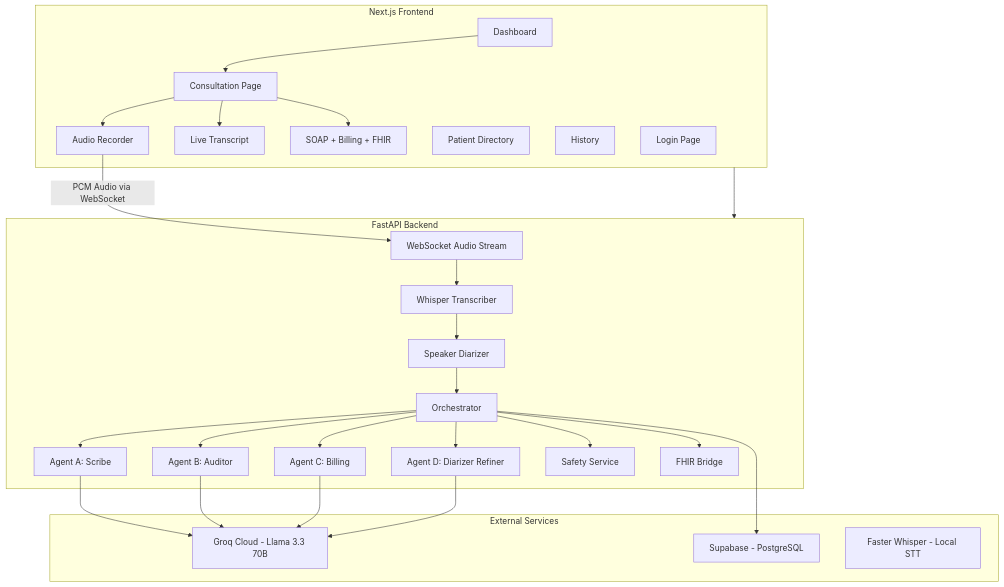
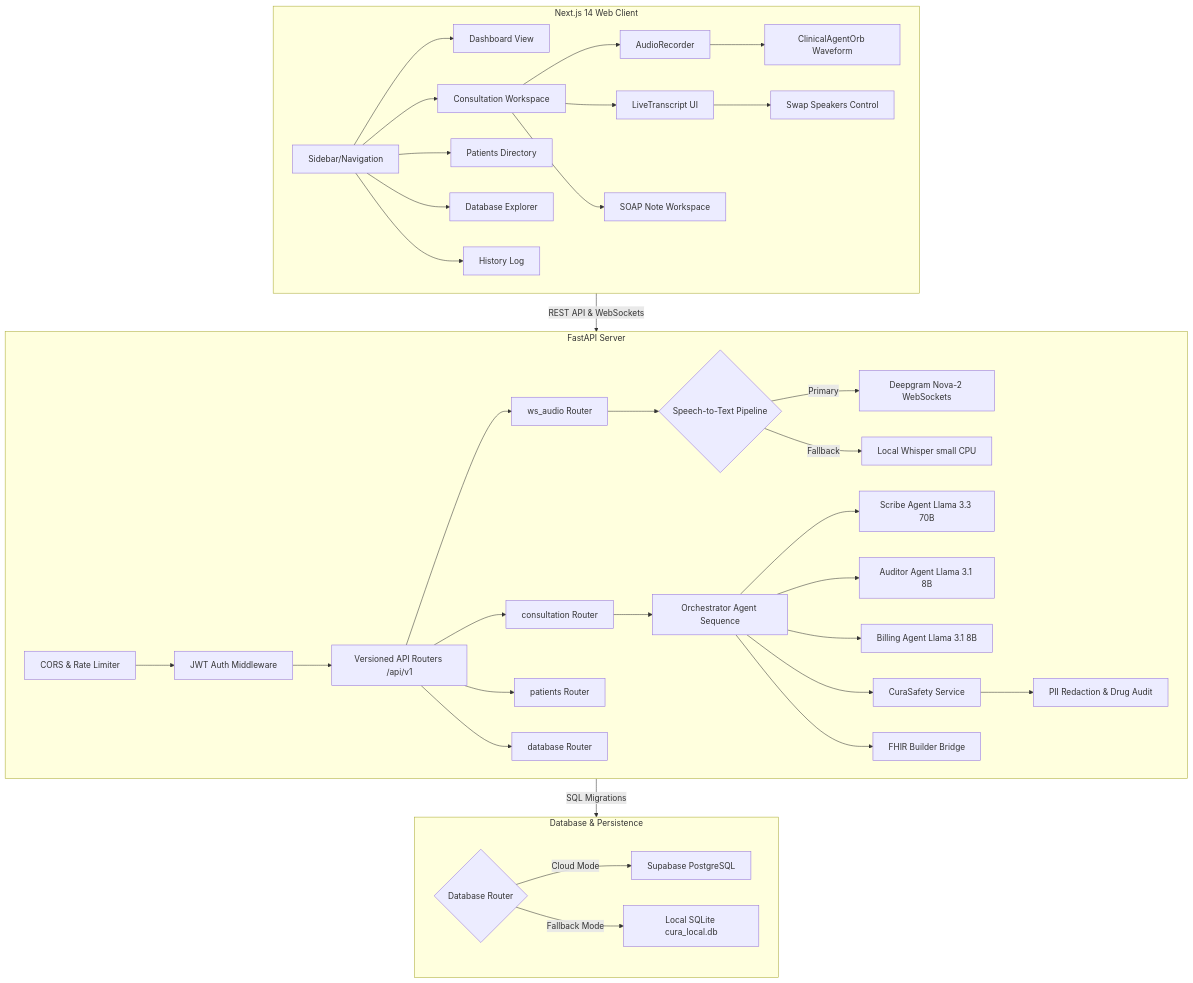
Before and after one commit to SatyaPrakash252/Agent-CURA: the diagram in README.md, drawn with Mermaid. The commit also changed other lines of this file, not shown here.

Commit message:
docs(readme): update system architecture diagram and document premium optimizations (deepgram websocket primary STT, startup database warming, speaker role swap controller)

````diff
--- a/README.md
+++ b/README.md
@@ -23,38 +24,49 @@
 ```mermaid
 graph TD
-    subgraph Frontend["Next.js Frontend"]
-        A[Dashboard] --> B[Consultation Page]
-        B --> C[Audio Recorder]
-        B --> D[Live Transcript]
-        B --> E[SOAP + Billing + FHIR]
-        F[Patient Directory]
-        G[History]
-        H[Login Page]
+    subgraph Frontend [Next.js 14 Web Client]
+        A[Sidebar/Navigation] --> B[Dashboard View]
+        A --> C[Consultation Workspace]
+        A --> D[Patients Directory]
+        A --> E[Database Explorer]
+        A --> F[History Log]
+        
+        C --> G[AudioRecorder]
+        G --> H[ClinicalAgentOrb Waveform]
+        C --> I[LiveTranscript UI]
+        I --> J[Swap Speakers Control]
+        C --> K[SOAP Note Workspace]
     end
 
-    subgraph Backend["FastAPI Backend"]
-        I[WebSocket Audio Stream] --> J[Whisper Transcriber]
-        J --> K[Speaker Diarizer]
-        K --> L[Orchestrator]
-        L --> M[Agent A: Scribe]
-        L --> N[Agent B: Auditor]
-        L --> O[Agent C: Billing]
-        L --> P[Agent D: Diarizer Refiner]
-        L --> Q[Safety Service]
-        L --> R[FHIR Bridge]
+    subgraph Backend [FastAPI Server]
+        L[CORS & Rate Limiter] --> M[JWT Auth Middleware]
+        M --> N[Versioned API Routers /api/v1]
+        
+        N --> O[ws_audio Router]
+        N --> P[consultation Router]
+        N --> Q[patients Router]
+        N --> R[database Router]
+        
+        O --> S{Speech-to-Text Pipeline}
+        S -- Primary --> T[Deepgram Nova-2 WebSockets]
+        S -- Fallback --> U[Local Whisper small CPU]
+        
+        P --> V[Orchestrator Agent Sequence]
+        V --> W[Scribe Agent Llama 3.3 70B]
+        V --> X[Auditor Agent Llama 3.1 8B]
+        V --> Y[Billing Agent Llama 3.1 8B]
+        
+        V --> Z[CuraSafety Service]
+        Z --> AA[PII Redaction & Drug Audit]
+        
+        V --> AB[FHIR Builder Bridge]
     end
 
-    subgraph Services["External Services"]
-        S[Groq Cloud - Llama 3.3 70B]
-        T[Supabase - PostgreSQL]
-        U[Faster Whisper - Local STT]
+    subgraph Storage [Database & Persistence]
+        AC{Database Router}
+        AC -- Cloud Mode --> AD[Supabase PostgreSQL]
+        AC -- Fallback Mode --> AE[Local SQLite cura_local.db]
     end
 
-    C -->|PCM Audio via WebSocket| I
-    M --> S
-    N --> S
-    O --> S
-    P --> S
-    L --> T
-    Frontend --> Backend
+    Frontend -- REST API & WebSockets --> Backend
+    Backend -- SQL Migrations --> Storage
 ```
````
